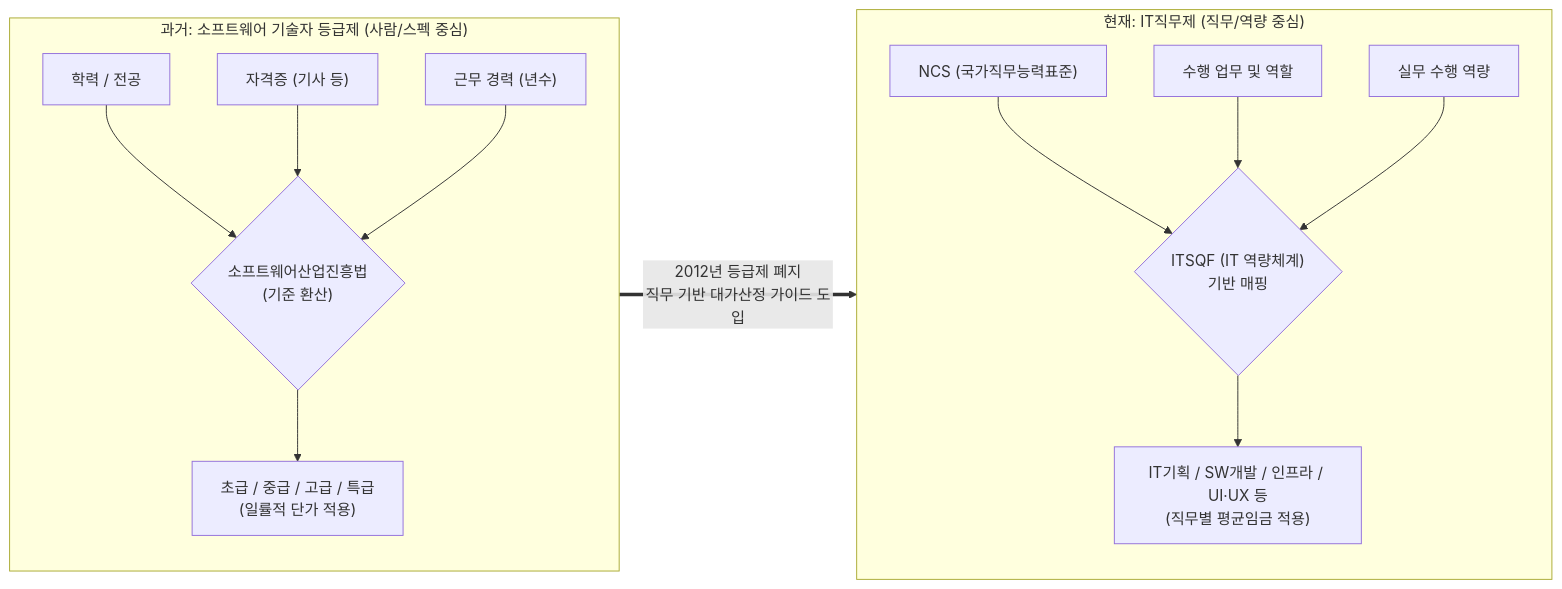
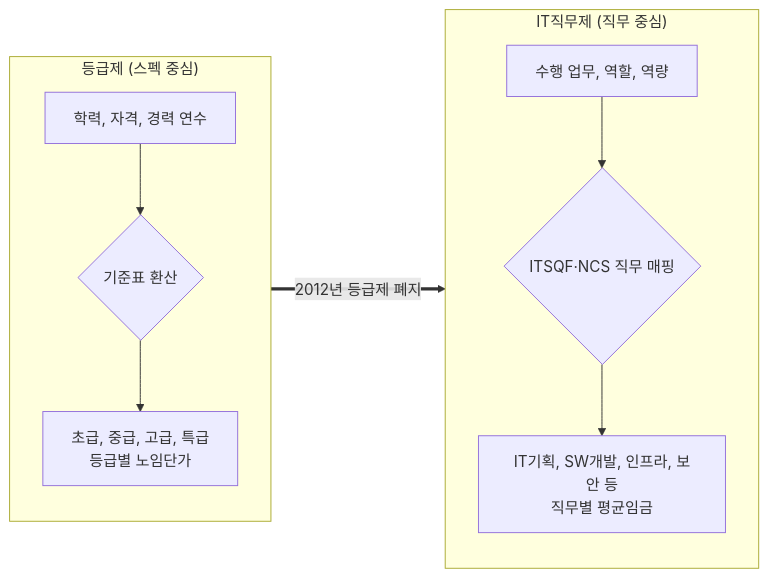
One commit to supremethumb/supremethumb.github.io changed the diagram in content/01_IT Tech/소프트웨어 기술자 등급제와 IT직무제.md. Above: the diagram before and after it, drawn with Mermaid. The commit also changed other lines of this file and 1087 other files, not shown here.

````diff
--- a/content/01_IT Tech/소프트웨어 기술자 등급제와 IT직무제.md
+++ b/content/01_IT Tech/소프트웨어 기술자 등급제와 IT직무제.md
@@ -29,37 +36,14 @@
 ```mermaid
 flowchart LR
-    subgraph Past ["과거: 소프트웨어 기술자 등급제 (사람/스펙 중심)"]
+    subgraph Past ["등급제 (스펙 중심)"]
         direction TB
-        Input1["학력 / 전공"]
-        Input2["자격증 (기사 등)"]
-        Input3["근무 경력 (년수)"]
-        
-        Eval1{"소프트웨어산업진흥법\n(기준 환산)"}
-        
-        Output1["초급 / 중급 / 고급 / 특급\n(일률적 단가 적용)"]
-        
-        Input1 --> Eval1
-        Input2 --> Eval1
-        Input3 --> Eval1
-        Eval1 --> Output1
+        I1["학력, 자격, 경력 연수"] --> E1{"기준표 환산"}
+        E1 --> O1["초급, 중급, 고급, 특급<br/>등급별 노임단가"]
     end
-    
-    subgraph Present ["현재: IT직무제 (직무/역량 중심)"]
+    subgraph Now ["IT직무제 (직무 중심)"]
         direction TB
-        NCS["NCS (국가직무능력표준)"]
-        Task["수행 업무 및 역할"]
-        Capability["실무 수행 역량"]
-        
-        Eval2{"ITSQF (IT 역량체계)\n기반 매핑"}
-        
-        Output2["IT기획 / SW개발 / 인프라 / UI·UX 등\n(직무별 평균임금 적용)"]
-        
-        NCS --> Eval2
-        Task --> Eval2
-        Capability --> Eval2
-        Eval2 --> Output2
+        I2["수행 업무, 역할, 역량"] --> E2{"ITSQF·NCS 직무 매핑"}
+        E2 --> O2["IT기획, SW개발, 인프라, 보안 등<br/>직무별 평균임금"]
     end
-    
-    Past ==>|"2012년 등급제 폐지\n직무 기반 대가산정 가이드 도입"| Present
-
+    Past ==>|"2012년 등급제 폐지"| Now
 ```
````
